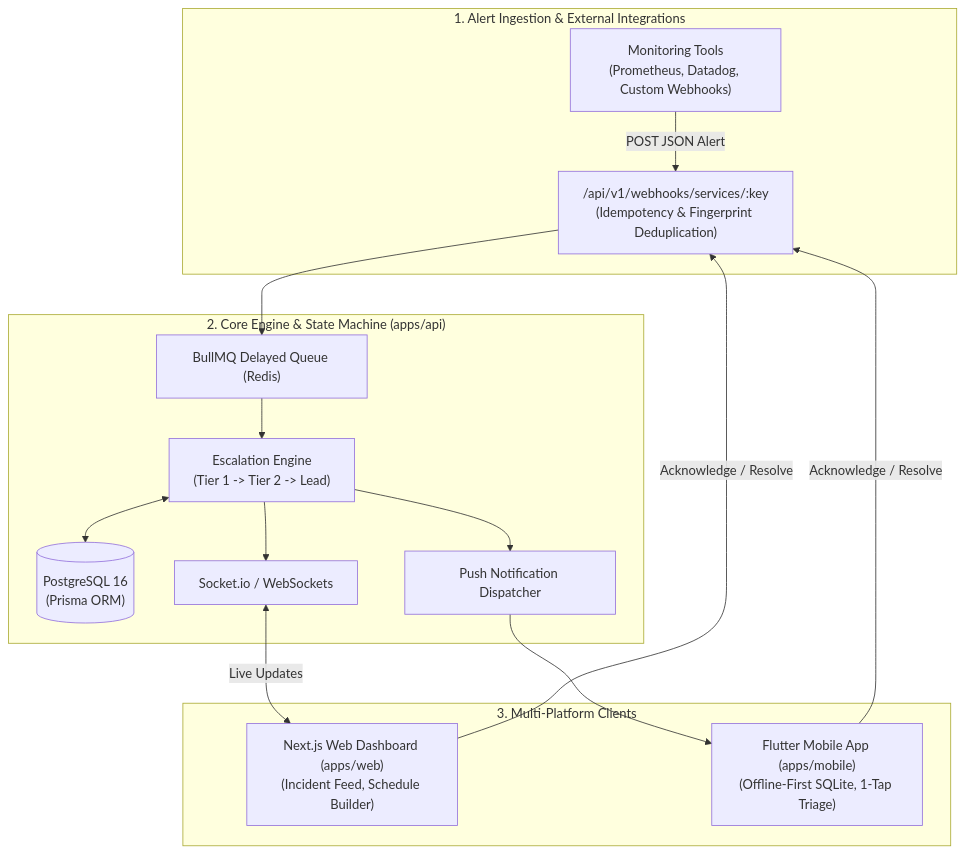
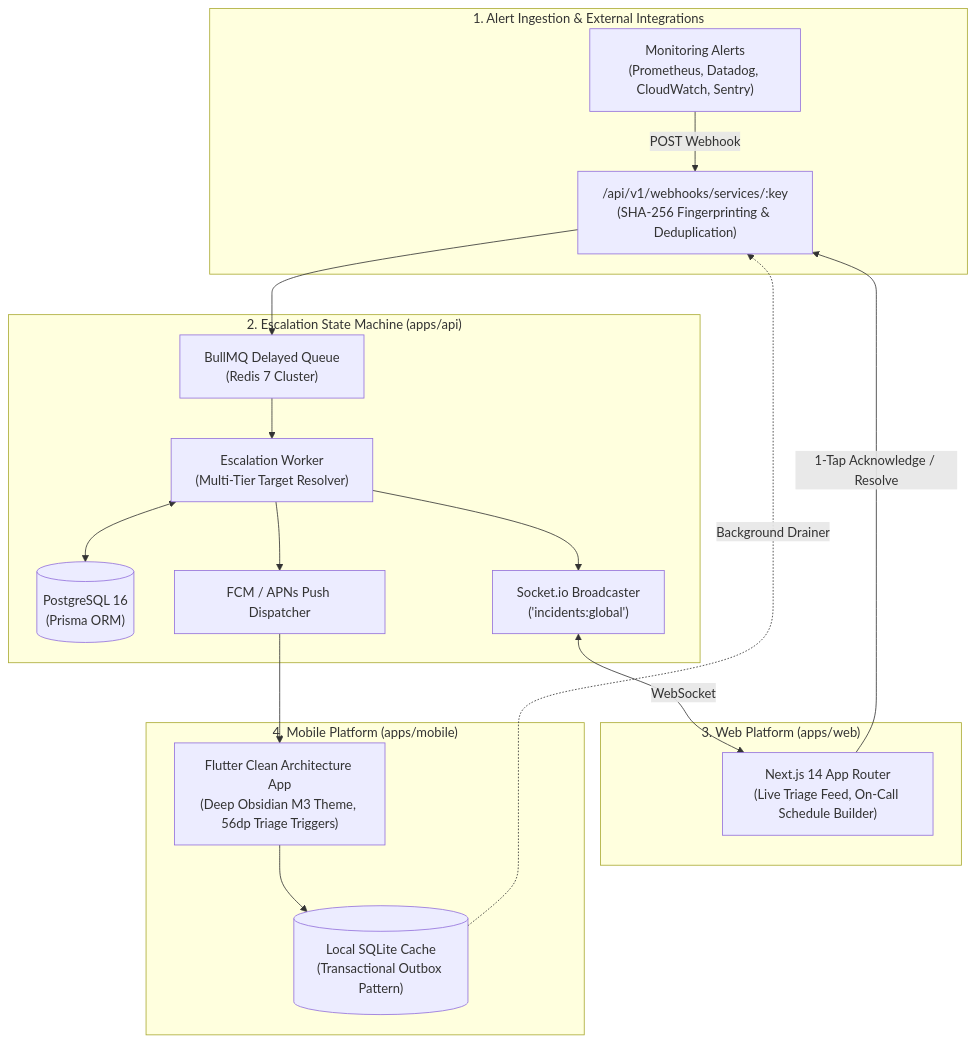
Before and after one commit to amy9273/incident-pulse: the first of 2 diagrams in README.md, drawn with Mermaid. The commit also changed other lines of this file and 7 other files, not shown here.

````diff
--- a/README.md
+++ b/README.md
@@ -16,21 +98,25 @@
 ```mermaid
 flowchart TD
     subgraph Ingestion["1. Alert Ingestion & External Integrations"]
-        Monitoring["Monitoring Tools\n(Prometheus, Datadog, Custom Webhooks)"] -->|POST JSON Alert| IngestAPI["/api/v1/webhooks/services/:key\n(Idempotency & Fingerprint Deduplication)"]
+        Monitoring["Monitoring Alerts\n(Prometheus, Datadog, CloudWatch, Sentry)"] -->|POST Webhook| IngestAPI["/api/v1/webhooks/services/:key\n(SHA-256 Fingerprinting & Deduplication)"]
     end
 
-    subgraph CoreEngine["2. Core Engine & State Machine (apps/api)"]
-        IngestAPI --> Queue["BullMQ Delayed Queue (Redis)"]
-        Queue --> EscalationWorker["Escalation Engine\n(Tier 1 -> Tier 2 -> Lead)"]
+    subgraph CoreEngine["2. Escalation State Machine (apps/api)"]
+        IngestAPI --> Queue["BullMQ Delayed Queue\n(Redis 7 Cluster)"]
+        Queue --> EscalationWorker["Escalation Worker\n(Multi-Tier Target Resolver)"]
         EscalationWorker <--> DB[("PostgreSQL 16\n(Prisma ORM)")]
-        EscalationWorker --> SocketEmitter["Socket.io / WebSockets"]
-        EscalationWorker --> PushService["Push Notification Dispatcher"]
+        EscalationWorker --> SocketEmitter["Socket.io Broadcaster\n('incidents:global')"]
+        EscalationWorker --> PushService["FCM / APNs Push Dispatcher"]
     end
 
-    subgraph Clients["3. Multi-Platform Clients"]
-        SocketEmitter <-->|Live Updates| WebApp["Next.js Web Dashboard (apps/web)\n(Incident Feed, Schedule Builder)"]
-        PushService --> MobileApp["Flutter Mobile App (apps/mobile)\n(Offline-First SQLite, 1-Tap Triage)"]
-        MobileApp -->|Acknowledge / Resolve| IngestAPI
-        WebApp -->|Acknowledge / Resolve| IngestAPI
+    subgraph WebClient["3. Web Platform (apps/web)"]
+        SocketEmitter <-->|WebSocket| WebDashboard["Next.js 14 App Router\n(Live Triage Feed, On-Call Schedule Builder)"]
+        WebDashboard -->|1-Tap Acknowledge / Resolve| IngestAPI
+    end
+
+    subgraph MobileClient["4. Mobile Platform (apps/mobile)"]
+        PushService --> MobileApp["Flutter Clean Architecture App\n(Deep Obsidian M3 Theme, 56dp Triage Triggers)"]
+        MobileApp --> SQLite[("Local SQLite Cache\n(Transactional Outbox Pattern)")]
+        SQLite -.->|Background Drainer| IngestAPI
     end
 ```
````
